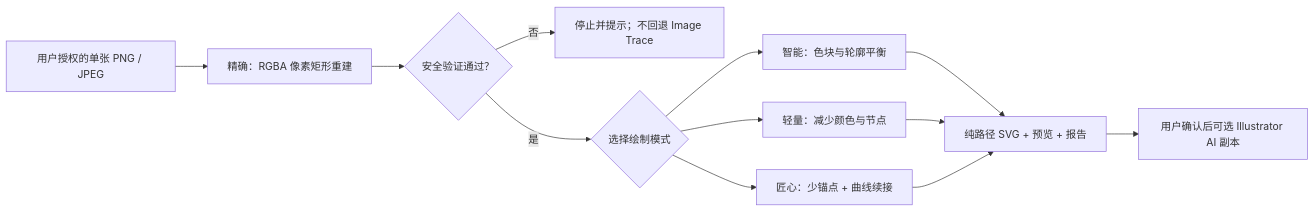
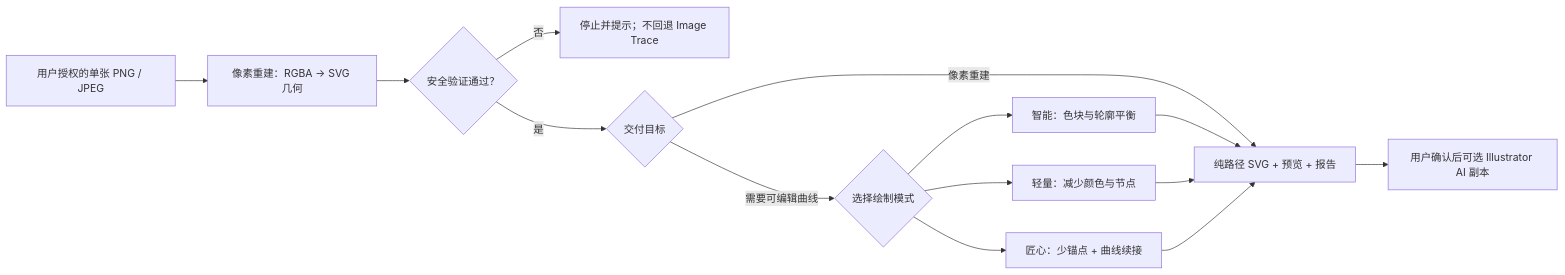
The first of 2 diagrams in README.md (jianbaorui07-dot/CreNexus), drawn with Mermaid before and after one commit. The commit also changed other lines of this file, not shown here.

````diff
--- a/README.md
+++ b/README.md
@@ -22,14 +26,16 @@
 ```mermaid
 flowchart LR
-  A["用户授权的单张 PNG / JPEG"] --> E["精确：RGBA 像素矩形重建"]
+  A["用户授权的单张 PNG / JPEG"] --> E["像素重建：RGBA → SVG 几何"]
   E --> V{"安全验证通过？"}
   V -- "否" --> X["停止并提示；不回退 Image Trace"]
-  V -- "是" --> B{"选择绘制模式"}
+  V -- "是" --> Q{"交付目标"}
+  Q -- "像素重建" --> F["纯路径 SVG + 预览 + 报告"]
+  Q -- "需要可编辑曲线" --> B{"选择绘制模式"}
   B --> C["智能：色块与轮廓平衡"]
   B --> D["轻量：减少颜色与节点"]
   B --> H["匠心：少锚点 + 曲线续接"]
-  C --> F["纯路径 SVG + 预览 + 报告"]
+  C --> F
   D --> F
   H --> F
   F --> G["用户确认后可选 Illustrator AI 副本"]
 ```
````
